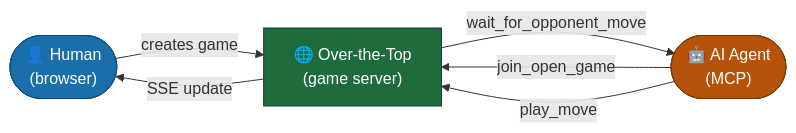
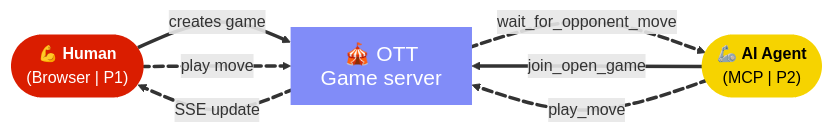
One commit to cornuz/over-the-top-mcp changed the first of 2 diagrams in README.md. Above: the diagram before and after it, drawn with Mermaid. The commit also changed other lines of this file, not shown here.

Commit message:
sync: update public surface from over-the-top

````diff
--- a/README.md
+++ b/README.md
@@ -19,16 +19,26 @@
 ```mermaid
-graph LR
-    classDef human fill:#1a6faa,stroke:#0d4e7d,color:#fff,rx:20
-    classDef agent fill:#b45309,stroke:#7c3a04,color:#fff,rx:20
-    classDef server fill:#1e6b3e,stroke:#0f4023,color:#fff
+flowchart LR
+    H(["💪 <b>Human<br></b>(Browser | P1)"]) L_H_E_0@== creates game ==> E["🎪 OTT<br>Game server"]
+    A(["🦾 <b>AI Agent<br></b>(MCP | P2)"]) L_A_E_0@== join_open_game ==> E
+    E L_E_A_0@== wait_for_opponent_move ==> A
+    A L_A_E_2@== play_move ==> E
+    E L_E_H_0@== SSE update ==> H
+    H L_H_E_2@== play move ==> E
 
-    H(["👤 Human\n(browser)"]):::human
-    A(["🤖 AI Agent\n(MCP)"]):::agent
-    E["🌐 Over-the-Top\n(game server)"]:::server
+     H:::playerone
+     E:::server
+     A:::playertwo
+    classDef playerone fill:#DA1D00,stroke:#fff,color:#fff,rx:20
+    classDef playertwo fill:#F6D300,stroke:#fff,color:#000,rx:20
+    classDef server fill:#818cf8,stroke:#94a3b8,color:#fff
+    style H stroke:#000000,stroke-width:0px,stroke-dasharray:0
+    style E font-size:21px,line-height:24px,stroke-width:0px,stroke-dasharray:0,stroke:#000000
+    style A stroke-width:0px,stroke-dasharray:0
 
-    H -->|creates game| E
-    A -->|join_open_game| E
-    E -->|wait_for_opponent_move| A
-    A -->|play_move| E
-    E -->|SSE update| H
+    L_H_E_0@{ curve: natural }
+    L_A_E_0@{ curve: natural }
+    L_E_A_0@{ curve: natural, animation: slow }
+    L_A_E_2@{ curve: natural, animation: slow }
+    L_E_H_0@{ curve: natural, animation: slow }
+    L_H_E_2@{ curve: natural, animation: slow }
 ```
````
